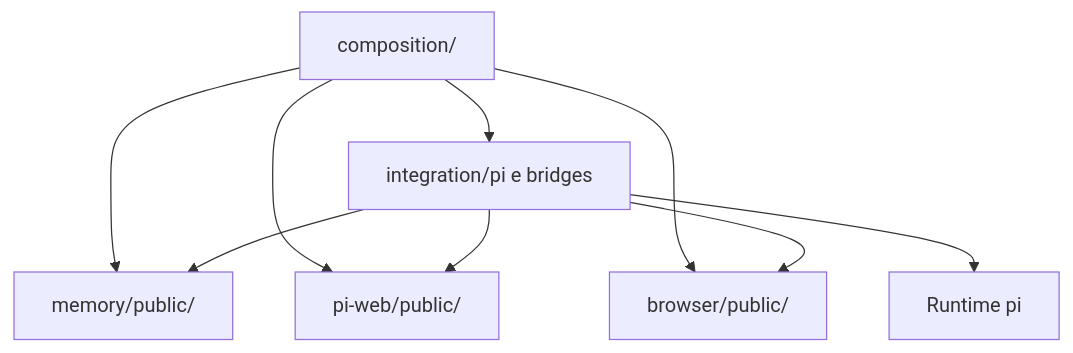
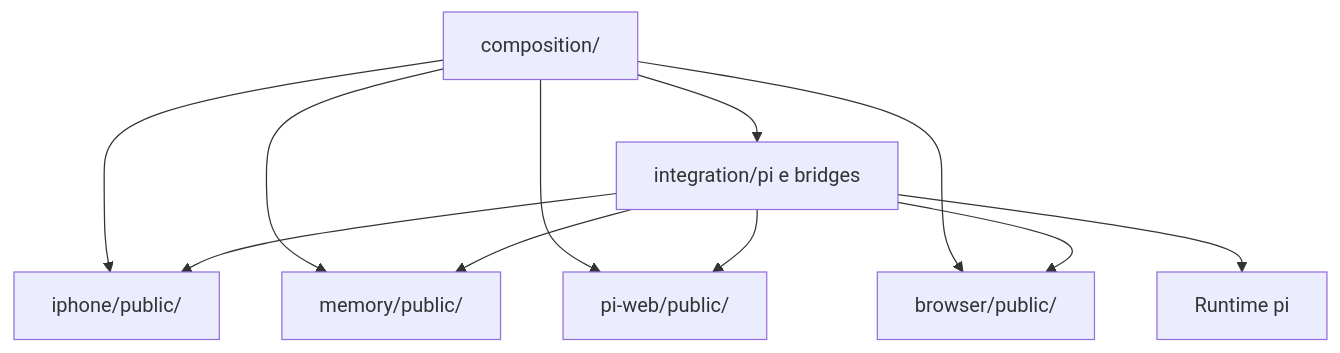
One commit to DavyMassoneto/synapse changed the diagram in docs/architecture.md. Above: the diagram before and after it, drawn with Mermaid. The commit also changed other lines of this file and 13 other files, not shown here.

````diff
--- a/docs/architecture.md
+++ b/docs/architecture.md
@@ -49,11 +51,13 @@
 ```mermaid
 flowchart TD
     composicao["composition/"] --> integracao["integration/pi e bridges"]
     composicao --> memoria["memory/public/"]
     composicao --> web["pi-web/public/"]
+    composicao --> iphone["iphone/public/"]
+    integracao --> iphone
     composicao --> navegador["browser/public/"]
     integracao --> memoria
     integracao --> web
     integracao --> navegador
     integracao --> pi["Runtime pi"]
 ```
````
